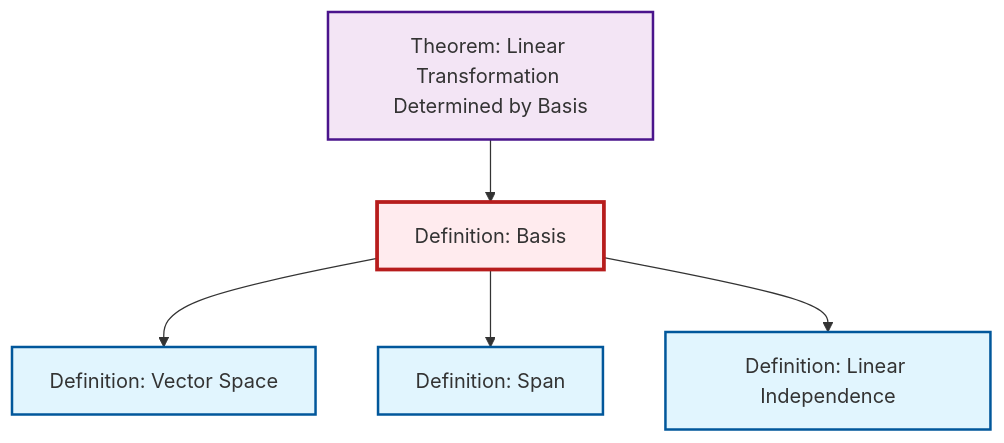
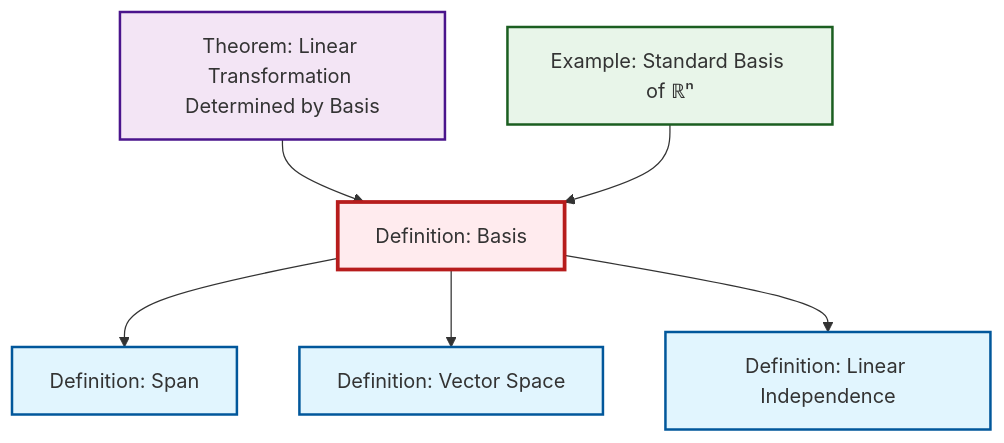
The diagram in content/en/algebra/def-basis.qmd (RK0429/ModernMath), drawn with Mermaid before and after one commit. The commit also changed other lines of this file and 203 other files, not shown here.

````diff
--- a/content/en/algebra/def-basis.qmd
+++ b/content/en/algebra/def-basis.qmd
@@ -48,24 +48,21 @@
 ```{mermaid}
 %%| fig-cap: "Local dependency graph"
 graph TD
     classDef definition fill:#e1f5fe,stroke:#01579b,stroke-width:2px
     classDef theorem fill:#f3e5f5,stroke:#4a148c,stroke-width:2px
     classDef axiom fill:#fff3e0,stroke:#e65100,stroke-width:2px
     classDef example fill:#e8f5e9,stroke:#1b5e20,stroke-width:2px
     classDef current fill:#ffebee,stroke:#b71c1c,stroke-width:3px
-    def-linear-independence["Definition: Linear Independence"]:::definition
+    def-basis["Definition: Basis"]:::definition
     def-span["Definition: Span"]:::definition
-    def-basis["Definition: Basis"]:::definition
+    ex-standard-basis-rn["Example: Standard Basis of ℝⁿ"]:::example
     thm-linear-transformation-basis["Theorem: Linear Transformation Determined by Basis"]:::theorem
     def-vector-space["Definition: Vector Space"]:::definition
+    def-linear-independence["Definition: Linear Independence"]:::definition
+    def-basis --> def-span
+    thm-linear-transformation-basis --> def-basis
+    ex-standard-basis-rn --> def-basis
     def-basis --> def-vector-space
-    thm-linear-transformation-basis --> def-basis
-    def-basis --> def-span
     def-basis --> def-linear-independence
     class def-basis current
-
-    click def-linear-independence "def-linear-independence.html" "Go to Linear Independence definition"
-    click def-span "def-span.html" "Go to Span definition"
-    click thm-linear-transformation-basis "thm-linear-transformation-basis.html" "Go to Linear Transformation Determined by Basis theorem"
-    click def-vector-space "def-vector-space.html" "Go to Vector Space definition"
 ```
````
